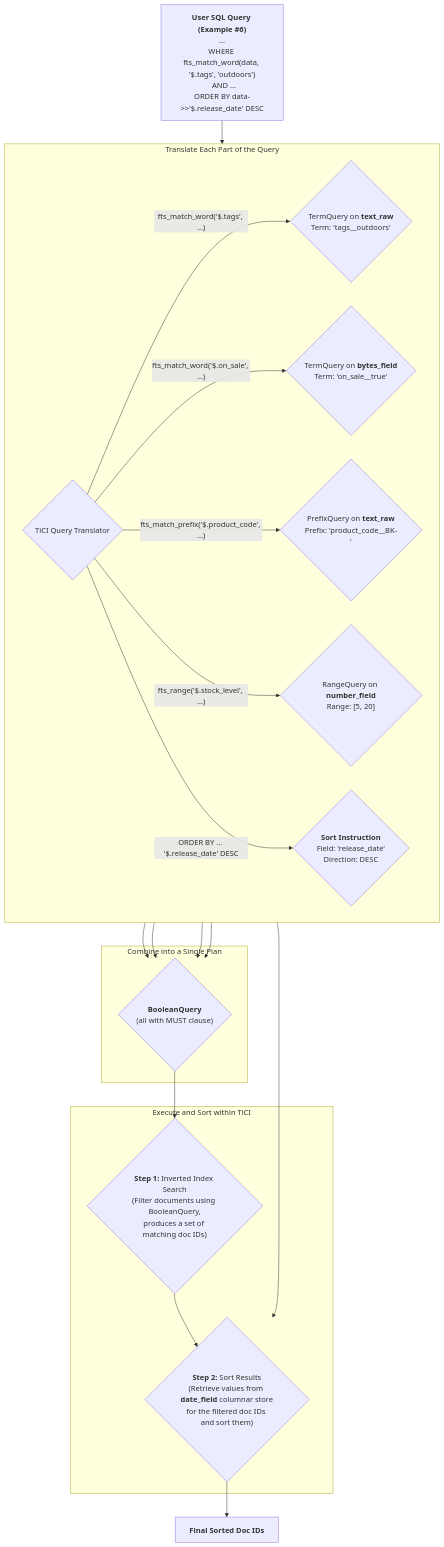
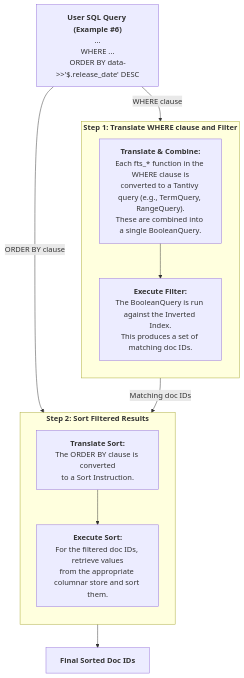
The second of 3 diagrams in TiCI_JSON_Support_Proposal.md (kolafish/tantivy), drawn with Mermaid before and after one commit.

````diff
--- a/TiCI_JSON_Support_Proposal.md
+++ b/TiCI_JSON_Support_Proposal.md
@@ -193,26 +193,25 @@
 ```mermaid
 graph TD
-    A["<b>User SQL Query (Example #6)</b><br/>...<br/>WHERE fts_match_word(data, '$.tags', 'outdoors')<br/>  AND ...<br/>ORDER BY data->>'$.release_date' DESC"]
+    A["<b>User SQL Query (Example #6)</b><br/>...<br/>WHERE ...<br/>ORDER BY data->>'$.release_date' DESC"]
 
-    A --> B{"TiCI Query Translator"};
+    A -- "WHERE clause" --> Step1_Subgraph
+    A -- "ORDER BY clause" --> Step2_Subgraph
 
-    subgraph "Translate Each Part of the Query"
-        direction LR
-        B -- "fts_match_word('$.tags', ...)" --> C{"TermQuery on <b>text_raw</b><br/>Term: 'tags__outdoors'"}
-        B -- "fts_match_word('$.on_sale', ...)" --> D{"TermQuery on <b>bytes_field</b><br/>Term: 'on_sale__true'"}
-        B -- "fts_match_prefix('$.product_code', ...)" --> E{"PrefixQuery on <b>text_raw</b><br/>Prefix: 'product_code__BK-'"}
-        B -- "fts_range('$.stock_level', ...)" --> F{"RangeQuery on <b>number_field</b><br/>Range: [5, 20]"}
-        B -- "ORDER BY ... '$.release_date' DESC" --> G_Sort{"<b>Sort Instruction</b><br/>Field: 'release_date'<br/>Direction: DESC"}
+    subgraph Step1_Subgraph ["<b>Step 1: Translate WHERE clause and Filter</b>"]
+        direction TB
+        B["<b>Translate & Combine:</b><br/>Each fts_* function in the WHERE clause is<br/>converted to a Tantivy query (e.g., TermQuery, RangeQuery).<br/>These are combined into a single BooleanQuery."]
+        C["<b>Execute Filter:</b><br/>The BooleanQuery is run against the Inverted Index.<br/>This produces a set of matching doc IDs."]
+        B --> C
     end
 
-    subgraph "Combine into a Single Plan"
-        C & D & E & F --> H{"<b>BooleanQuery</b><br/>(all with MUST clause)"}
+    C -- "Matching doc IDs" --> Step2_Subgraph
+
+    subgraph Step2_Subgraph ["<b>Step 2: Sort Filtered Results</b>"]
+        direction TB
+        D["<b>Translate Sort:</b><br/>The ORDER BY clause is converted<br/>to a Sort Instruction."]
+        E["<b>Execute Sort:</b><br/>For the filtered doc IDs, retrieve values<br/>from the appropriate columnar store and sort them."]
+        D --> E
     end
 
-    subgraph "Execute and Sort within TiCI"
-      H --> I{"<b>Step 1:</b> Inverted Index Search<br/>(Filter documents using BooleanQuery,<br/>produces a set of matching doc IDs)"}
-      I & G_Sort --> J{"<b>Step 2:</b> Sort Results<br/>(Retrieve values from <b>date_field</b> columnar store<br/>for the filtered doc IDs and sort them)"}
-    end
-
-    J --> K["<B>Final Sorted Doc IDs</B>"];
+    Step2_Subgraph --> F["<B>Final Sorted Doc IDs</B>"]
 ```
````
